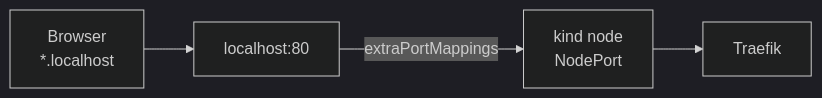
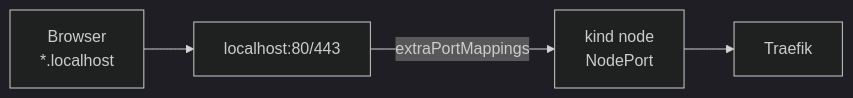
Before and after one commit to kbntx-org/nexus: the second of 2 diagrams in docs/src/platform/traefik/01-overview.md, drawn with Mermaid. The commit also changed other lines of this file and 32 other files, not shown here.

````diff
--- a/docs/src/platform/traefik/01-overview.md
+++ b/docs/src/platform/traefik/01-overview.md
@@ -160,12 +162,12 @@
 ```mermaid
 %%{init: {'theme':'dark'}}%%
 graph LR
     Browser[Browser<br/>*.localhost]
-    Host[localhost:80]
+    Host[localhost:80/443]
     NodePort[kind node<br/>NodePort]
     Traefik
 
     Browser --> Host
     Host -->|extraPortMappings| NodePort
     NodePort --> Traefik
 ```
````
